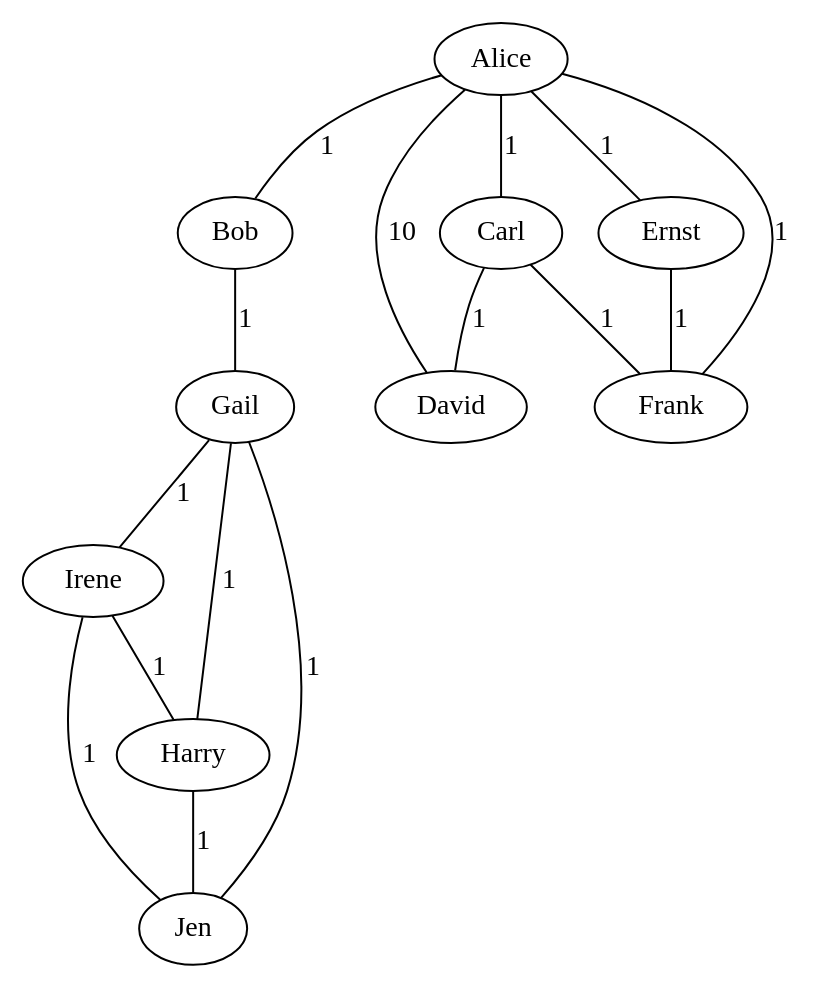
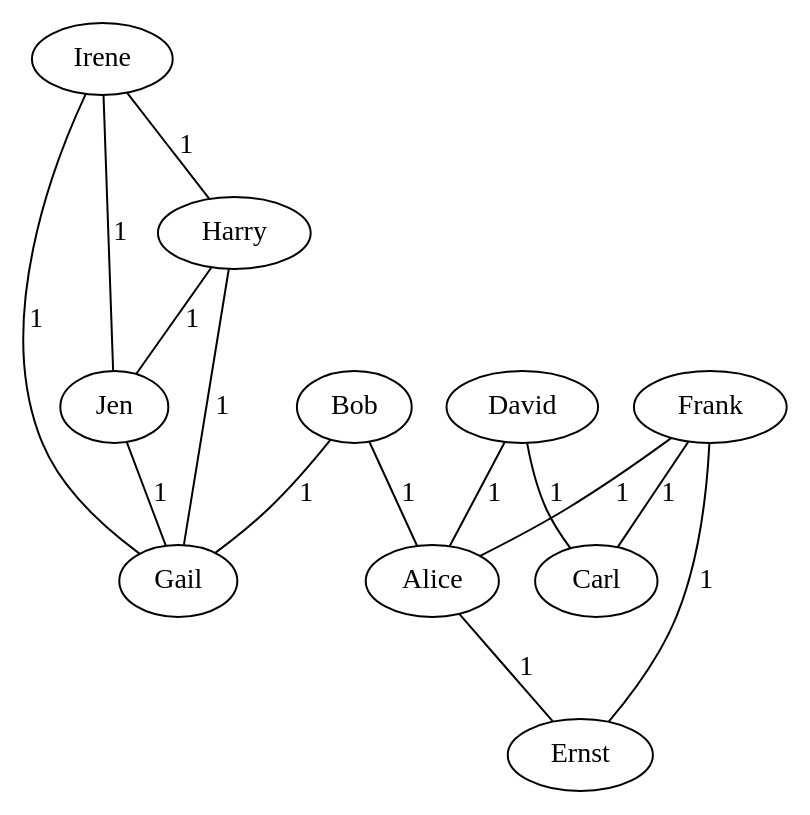
One commit to Czudo/Graphs changed the diagram in lab2/testGraph.dot. Above: the diagram before and after it, drawn with Graphviz. The commit also changed 7 other files, not shown here.

```diff
--- a/lab2/testGraph.dot
+++ b/lab2/testGraph.dot
@@ -1,17 +1,16 @@
 strict graph{
-"Alice" -- "Bob" [ label = 1 ]
-"Alice" -- "Carl" [ label = 1 ]
-"Alice" -- "David" [ label = 10 ]
+"Bob" -- "Gail" [ label = 1 ]
+"Bob" -- "Alice" [ label = 1 ]
+"Frank" -- "Ernst" [ label = 1 ]
+"Frank" -- "Carl" [ label = 1 ]
+"Frank" -- "Alice" [ label = 1 ]
+"Irene" -- "Harry" [ label = 1 ]
+"Irene" -- "Jen" [ label = 1 ]
+"Irene" -- "Gail" [ label = 1 ]
+"David" -- "Carl" [ label = 1 ]
+"David" -- "Alice" [ label = 1 ]
+"Harry" -- "Jen" [ label = 1 ]
+"Harry" -- "Gail" [ label = 1 ]
+"Jen" -- "Gail" [ label = 1 ]
 "Alice" -- "Ernst" [ label = 1 ]
-"Alice" -- "Frank" [ label = 1 ]
-"Bob" -- "Gail" [ label = 1 ]
-"Gail" -- "Irene" [ label = 1 ]
-"Gail" -- "Harry" [ label = 1 ]
-"Gail" -- "Jen" [ label = 1 ]
-"Irene" -- "Jen" [ label = 1 ]
-"Irene" -- "Harry" [ label = 1 ]
-"Carl" -- "David" [ label = 1 ]
-"Carl" -- "Frank" [ label = 1 ]
-"Harry" -- "Jen" [ label = 1 ]
-"Ernst" -- "Frank" [ label = 1 ]
 }
```
